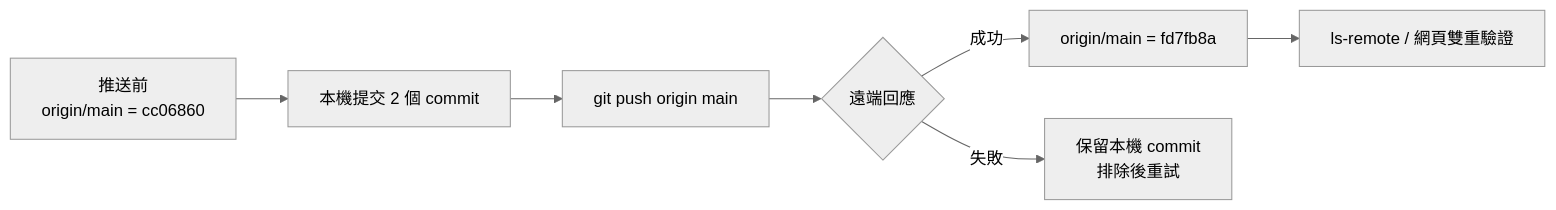
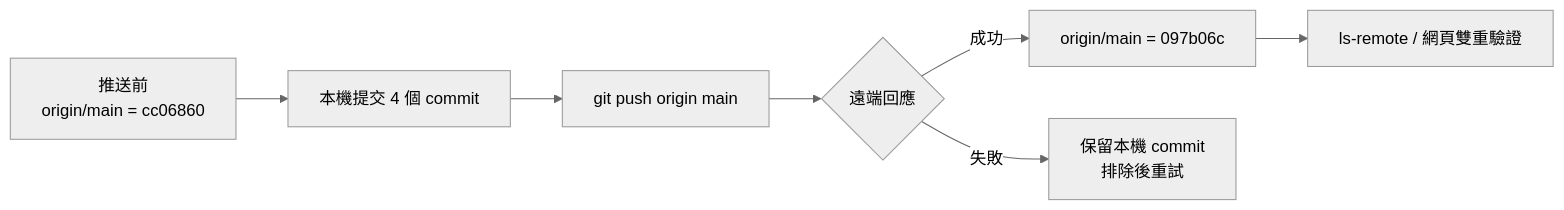
Before and after one commit to yd7148/INDUSTRY-4.0: the first of 4 diagrams in docs/PUSH-RECORD.md, drawn with Mermaid (neutral theme). The commit also changed other lines of this file, not shown here.

Commit message:
Push record: finalize 2026-11-10 Class-24 push range and commit list

````diff
--- a/docs/PUSH-RECORD.md
+++ b/docs/PUSH-RECORD.md
@@ -24,9 +24,9 @@
 ```mermaid
 flowchart LR
-    A["推送前<br/>origin/main = cc06860"] --> B["本機提交 2 個 commit"]
+    A["推送前<br/>origin/main = cc06860"] --> B["本機提交 4 個 commit"]
     B --> C["git push origin main"]
     C --> D{"遠端回應"}
-    D -->|成功| E["origin/main = fd7fb8a"]
+    D -->|成功| E["origin/main = 097b06c"]
     D -->|失敗| F["保留本機 commit<br/>排除後重試"]
     E --> G["ls-remote / 網頁雙重驗證"]
 ```
````
